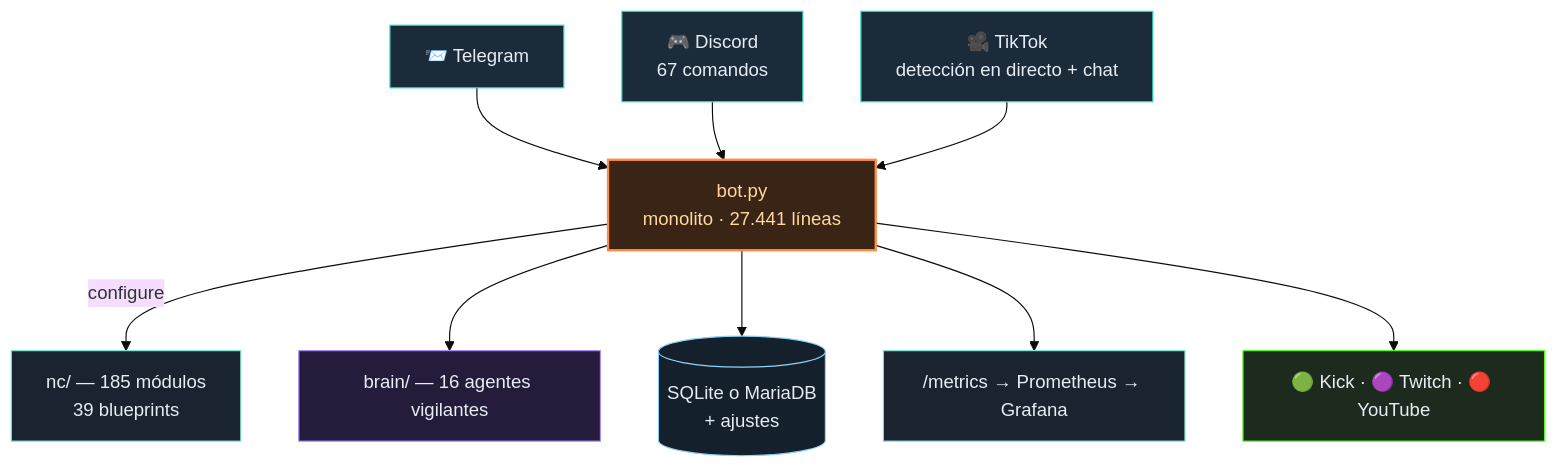
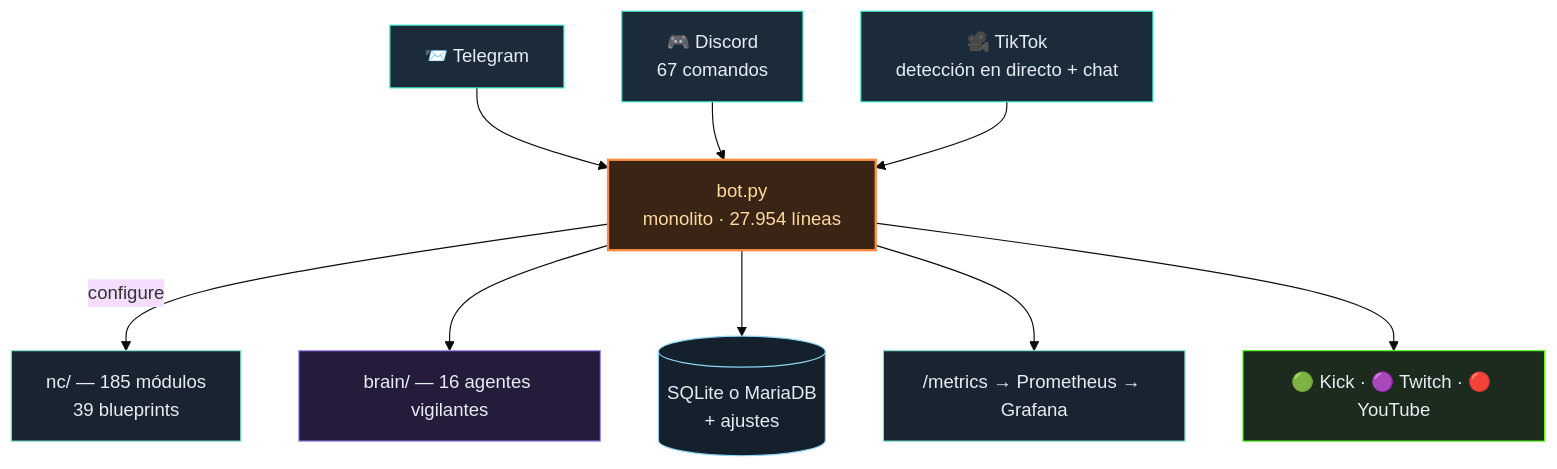
Before and after one commit to itsamemedev/Telegram-Stream-Info-Bot: the diagram in README.es.md, drawn with Mermaid (base theme). The commit also changed other lines of this file and 46 other files, not shown here.

````diff
--- a/README.es.md
+++ b/README.es.md
@@ -64,18 +64,18 @@
 ```mermaid
 flowchart TB
     TG["📨 Telegram"]:::ein --> BOT
     DC["🎮 Discord<br/>67 comandos"]:::ein --> BOT
     TT["🎥 TikTok<br/>detección en directo + chat"]:::ein --> BOT
-    BOT["bot.py<br/>monolito · 27.441 líneas"]:::core
+    BOT["bot.py<br/>monolito · 27.954 líneas"]:::core
     BOT -->|configure| NC["nc/ — 185 módulos<br/>39 blueprints"]:::lib
     BOT --> BRAIN["brain/ — 16 agentes vigilantes"]:::brain
     BOT --> DB[("SQLite o MariaDB<br/>+ ajustes")]:::db
     BOT --> PROM["/metrics → Prometheus → Grafana"]:::lib
     BOT --> OUT["🟢 Kick · 🟣 Twitch · 🔴 YouTube"]:::out
     classDef ein fill:#1c2b3a,stroke:#2de1c2,color:#e6edf3
     classDef core fill:#3a2415,stroke:#ff8c42,stroke-width:2px,color:#ffd9a0
     classDef lib fill:#1a2430,stroke:#7fe7d4,color:#e6edf3
     classDef brain fill:#241c3a,stroke:#a78bfa,color:#e6edf3
     classDef db fill:#14202c,stroke:#8fd3f4,color:#e6edf3
     classDef out fill:#1c2b1e,stroke:#53fc18,color:#e6edf3
 ```
````
